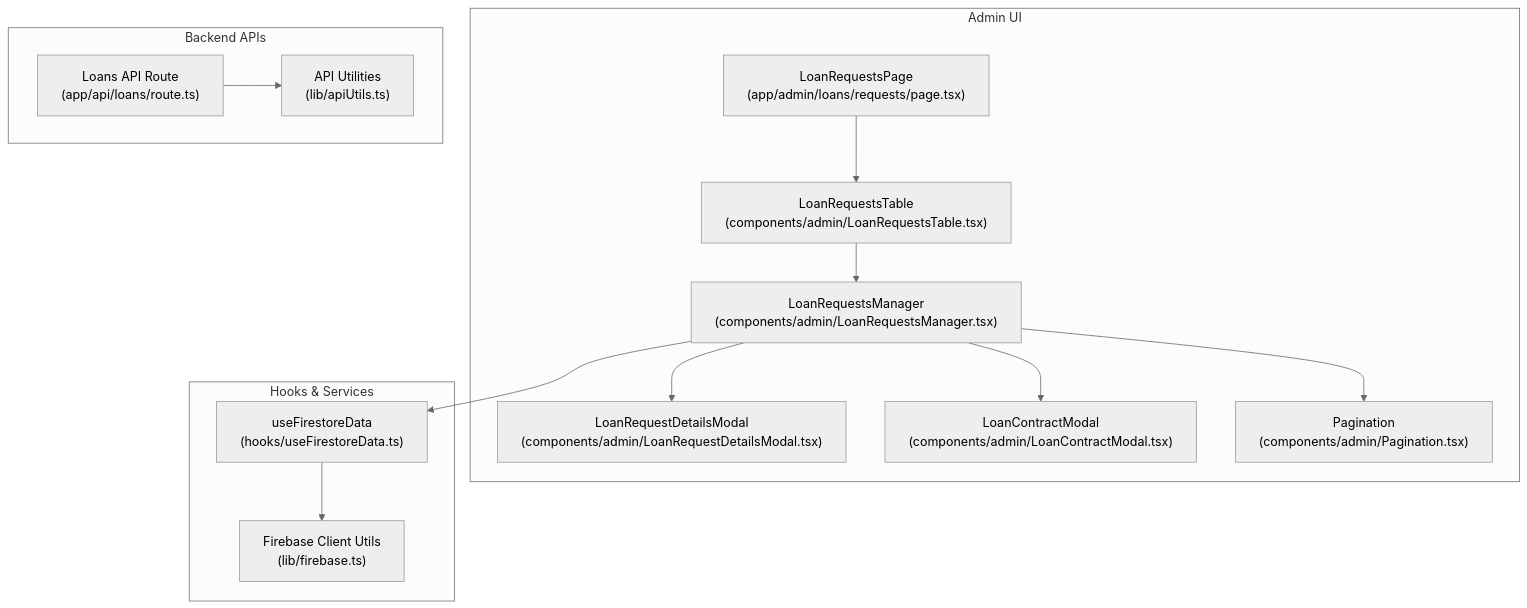
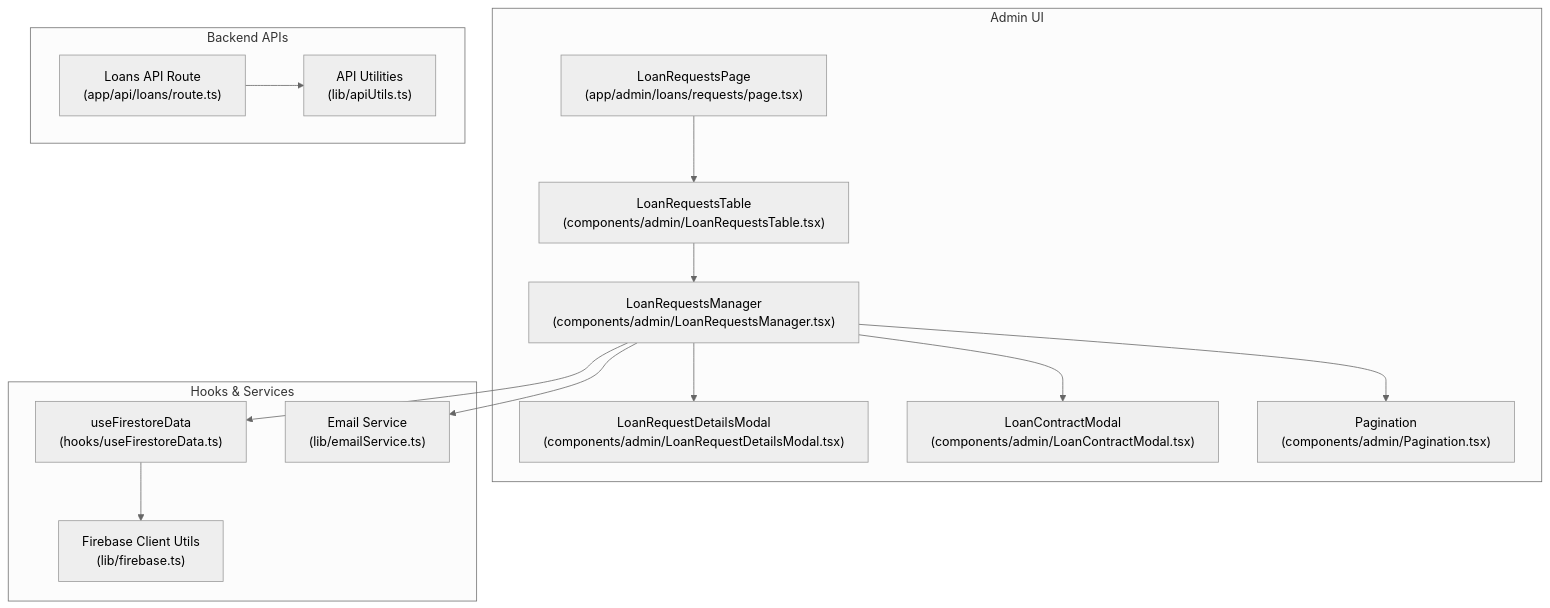
The first of 4 diagrams in .qoder/repowiki/en/content/Loan Management System/Loan Approval Process.md (Unsure-bry/sampacoop_system), drawn with Mermaid (neutral theme) before and after one commit. The commit also changed other lines of this file and 12 other files, not shown here.

````diff
--- a/.qoder/repowiki/en/content/Loan Management System/Loan Approval Process.md
+++ b/.qoder/repowiki/en/content/Loan Management System/Loan Approval Process.md
@@ -45,26 +47,28 @@
 ```mermaid
 graph TB
 subgraph "Admin UI"
 A["LoanRequestsPage<br/>(app/admin/loans/requests/page.tsx)"]
 B["LoanRequestsTable<br/>(components/admin/LoanRequestsTable.tsx)"]
 C["LoanRequestsManager<br/>(components/admin/LoanRequestsManager.tsx)"]
 D["LoanRequestDetailsModal<br/>(components/admin/LoanRequestDetailsModal.tsx)"]
 E["LoanContractModal<br/>(components/admin/LoanContractModal.tsx)"]
 F["Pagination<br/>(components/admin/Pagination.tsx)"]
 end
 subgraph "Hooks & Services"
 G["useFirestoreData<br/>(hooks/useFirestoreData.ts)"]
 H["Firebase Client Utils<br/>(lib/firebase.ts)"]
+I["Email Service<br/>(lib/emailService.ts)"]
 end
 subgraph "Backend APIs"
-I["Loans API Route<br/>(app/api/loans/route.ts)"]
-J["API Utilities<br/>(lib/apiUtils.ts)"]
+J["Loans API Route<br/>(app/api/loans/route.ts)"]
+K["API Utilities<br/>(lib/apiUtils.ts)"]
 end
 A --> B --> C
 C --> D
 C --> E
 C --> F
 C --> G
 G --> H
-I --> J
+C --> I
+J --> K
 ```
````
